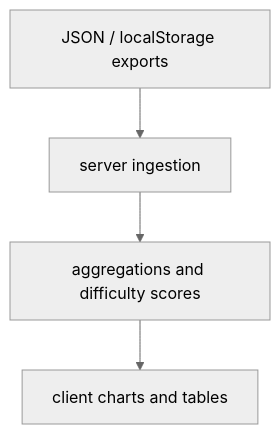
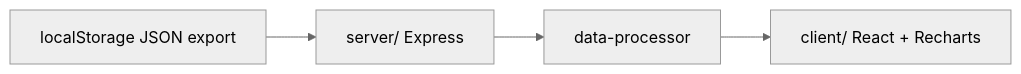
The diagram in README.md (Aneesh495/metricon), drawn with Mermaid (neutral theme) before and after one commit. The commit also changed other lines of this file and 1 other file, not shown here.

Commit message:
Describe localStorage export ingestion and offline analytics data flow

````diff
--- a/README.md
+++ b/README.md
@@ -9,6 +9,6 @@
 ```mermaid
-flowchart TB
-  Snapshots[JSON / localStorage exports] --> Ingest[server ingestion]
-  Ingest --> Metrics[aggregations and difficulty scores]
-  Metrics --> Dash[client charts and tables]
+flowchart LR
+  Export[localStorage JSON export] --> API[server/ Express]
+  API --> Proc[data-processor]
+  Proc --> UI[client/ React + Recharts]
 ```
````
